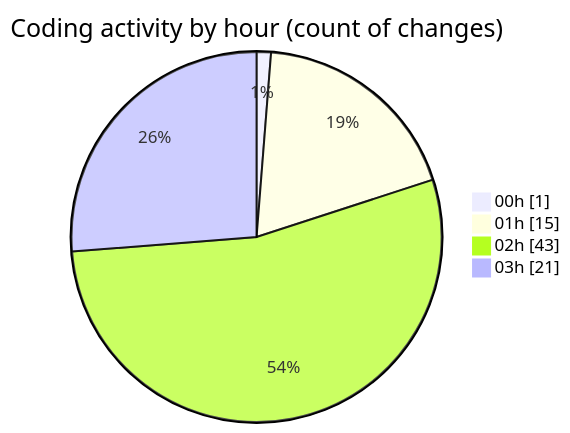
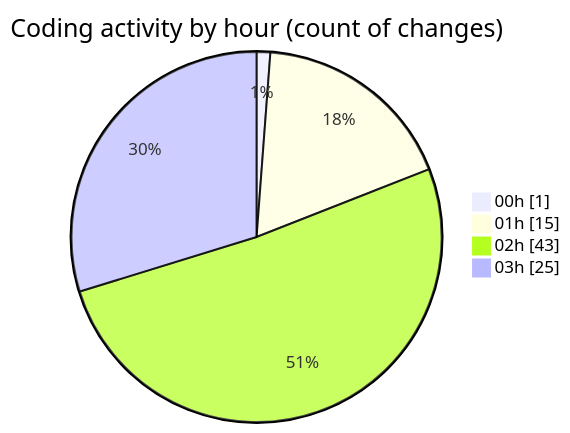
The second of 2 diagrams in 2025-05-01/niten/README.md (Elitesun/code-tracking), drawn with Mermaid before and after one commit. The commit also changed other lines of this file and 1 other file, not shown here.

````diff
--- a/2025-05-01/niten/README.md
+++ b/2025-05-01/niten/README.md
@@ -52,8 +53,8 @@
 ```mermaid
 pie showData
 title Coding activity by hour (count of changes)
 "00h" : 1
 "01h" : 15
 "02h" : 43
-"03h" : 21
+"03h" : 25
 ```
````
